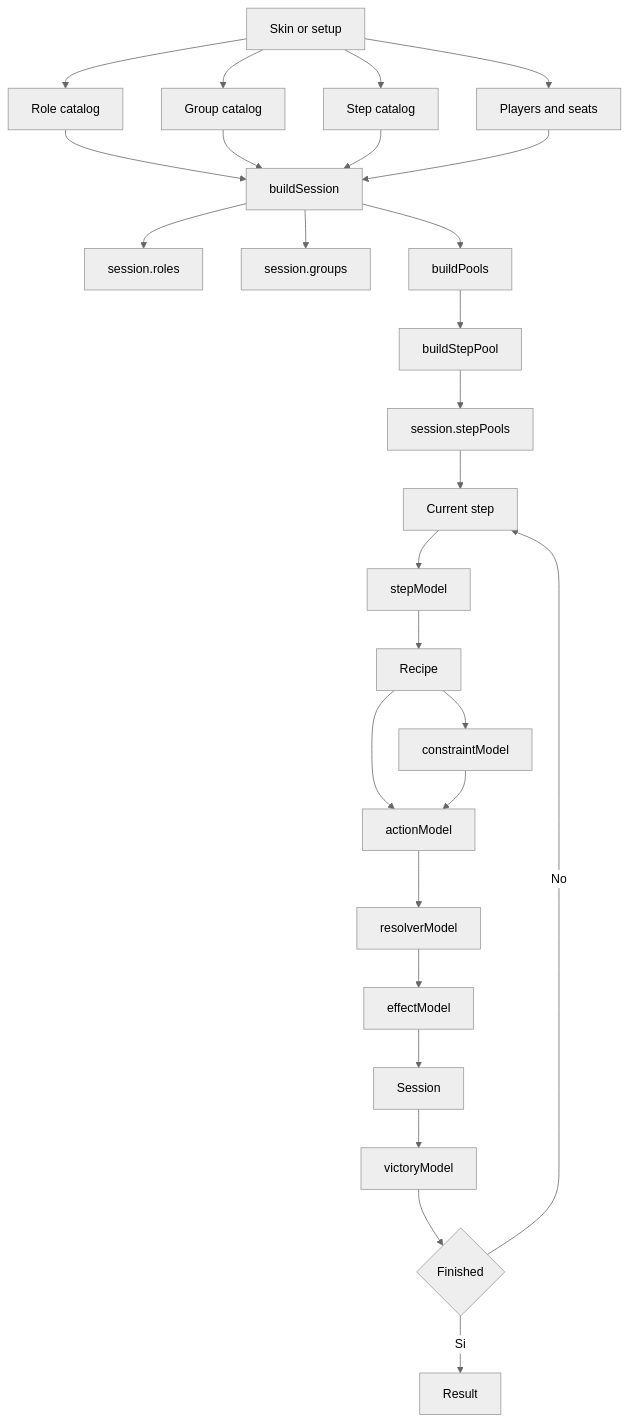
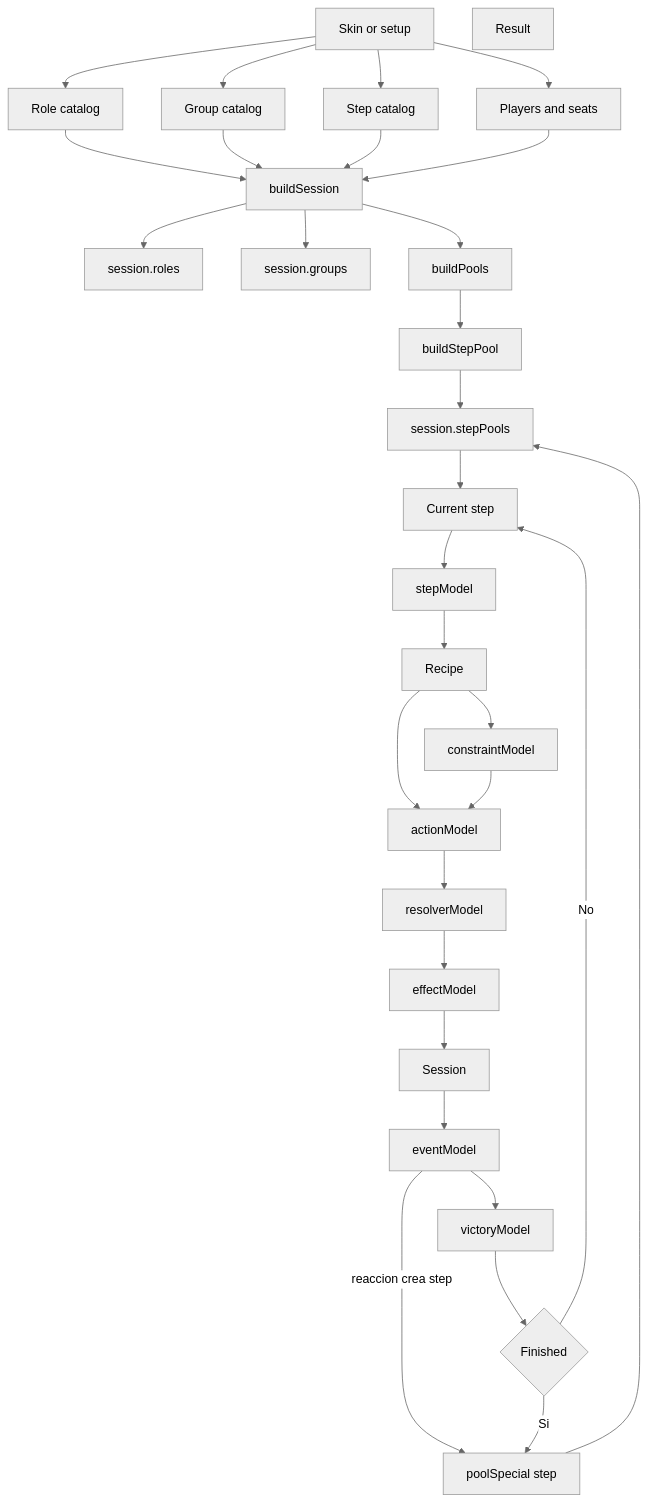
One commit to juanramonmorandeira/castronegro-director changed the first of 13 diagrams in docs/engine_flow_map.md. Above: the diagram before and after it, drawn with Mermaid (neutral theme). The commit also changed other lines of this file and 15 other files, not shown here.

````diff
--- a/docs/engine_flow_map.md
+++ b/docs/engine_flow_map.md
@@ -8,52 +8,57 @@
 ```mermaid
 flowchart TD
   Skin[Skin or setup]
   RoleCatalog[Role catalog]
   GroupCatalog[Group catalog]
   StepCatalog[Step catalog]
   Players[Players and seats]
   BuildSession[buildSession]
   RoleStates[session.roles]
   GroupStates[session.groups]
   BuildPools[buildPools]
   BuildStepPool[buildStepPool]
   StepPools[session.stepPools]
   CurrentStep[Current step]
   StepModel[stepModel]
   Recipe[Recipe]
   Constraint[constraintModel]
   Action[actionModel]
   Resolver[resolverModel]
   Effect[effectModel]
   Session[Session]
   Victory[victoryModel]
   Finished{Finished}
+  Event[eventModel]
+  SpecialStep[poolSpecial step]
   Result[Result]
 
   Skin --> RoleCatalog
   Skin --> GroupCatalog
   Skin --> StepCatalog
   Skin --> Players
   RoleCatalog --> BuildSession
   GroupCatalog --> BuildSession
   StepCatalog --> BuildSession
   Players --> BuildSession
   BuildSession --> RoleStates
   BuildSession --> GroupStates
   BuildSession --> BuildPools
   BuildPools --> BuildStepPool
   BuildStepPool --> StepPools
   StepPools --> CurrentStep
   CurrentStep --> StepModel
   StepModel --> Recipe
   Recipe --> Constraint
   Recipe --> Action
   Constraint --> Action
   Action --> Resolver
   Resolver --> Effect
   Effect --> Session
-  Session --> Victory
+  Session --> Event
+  Event -->|reaccion crea step| SpecialStep
+  SpecialStep --> StepPools
+  Event --> Victory
   Victory --> Finished
   Finished -->|No| CurrentStep
-  Finished -->|Si| Result
+  Finished -->|Si| SpecialStep
 ```
````
